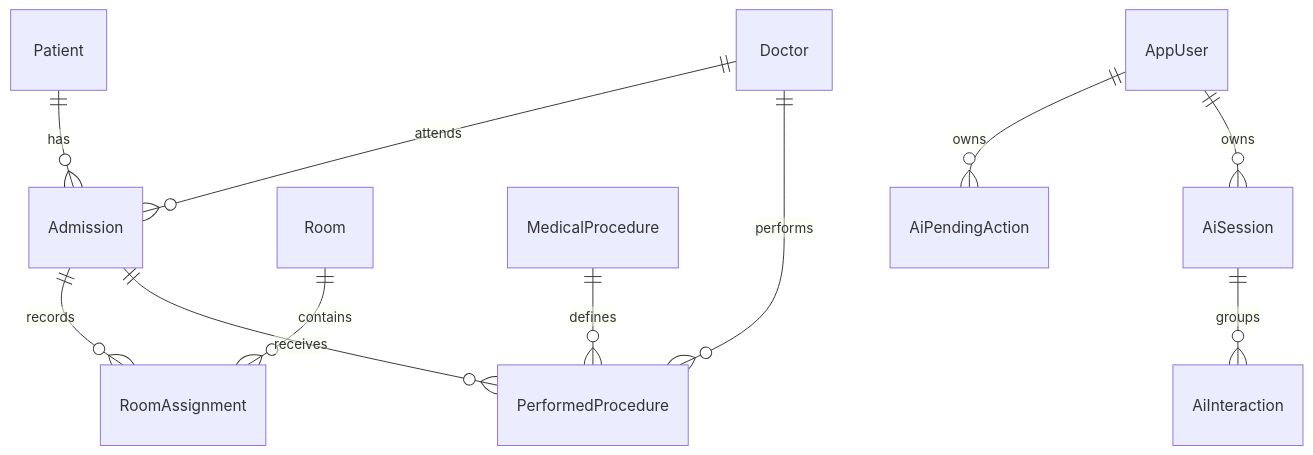
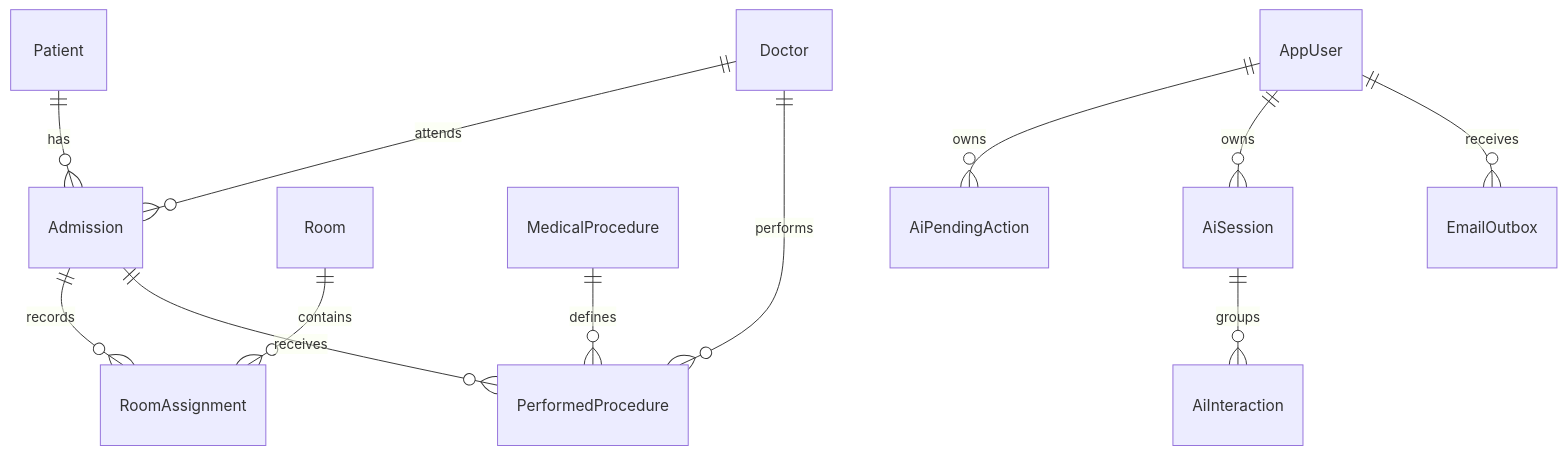
Before and after one commit to AAVezirova22/Hospital-Ward-Management-System: the second of 2 diagrams in docs/architecture.md, drawn with Mermaid. The commit also changed other lines of this file and 10 other files, not shown here.

````diff
--- a/docs/architecture.md
+++ b/docs/architecture.md
@@ -25,13 +25,14 @@
 ```mermaid
 erDiagram
   Patient ||--o{ Admission : has
   Doctor ||--o{ Admission : attends
   Admission ||--o{ RoomAssignment : records
   Room ||--o{ RoomAssignment : contains
   Admission ||--o{ PerformedProcedure : receives
   MedicalProcedure ||--o{ PerformedProcedure : defines
   Doctor ||--o{ PerformedProcedure : performs
   AppUser ||--o{ AiPendingAction : owns
   AppUser ||--o{ AiSession : owns
+  AppUser ||--o{ EmailOutbox : receives
   AiSession ||--o{ AiInteraction : groups
 ```
````
